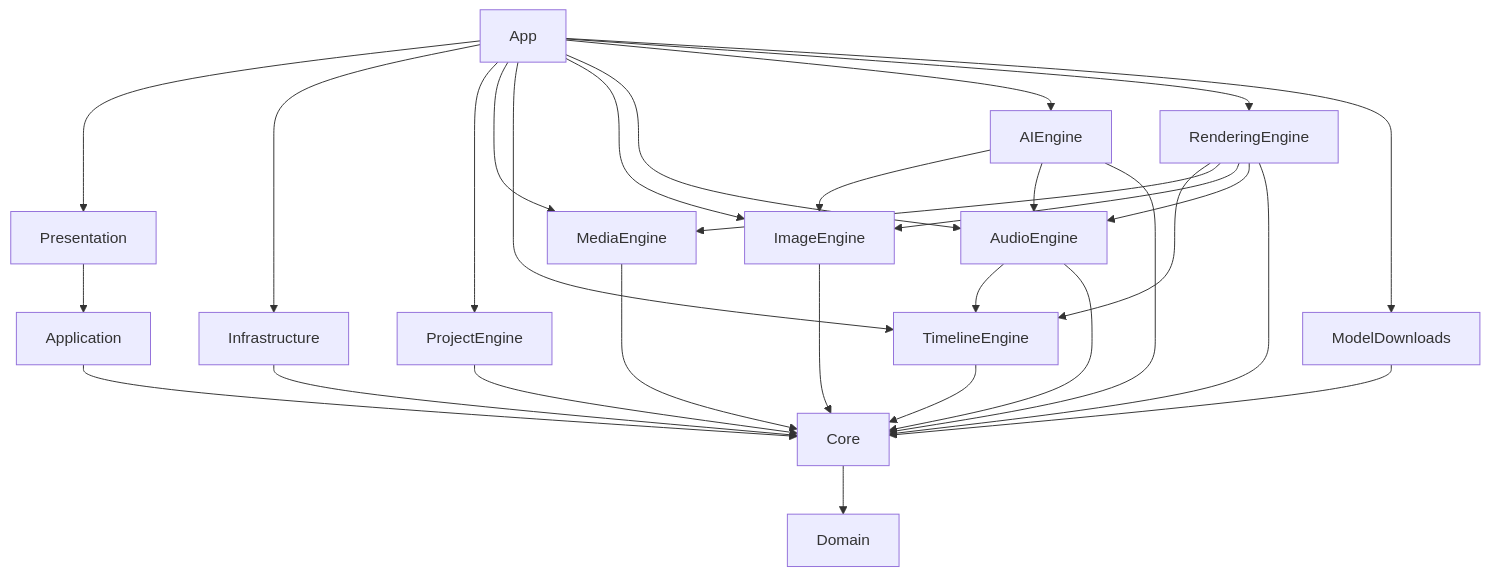
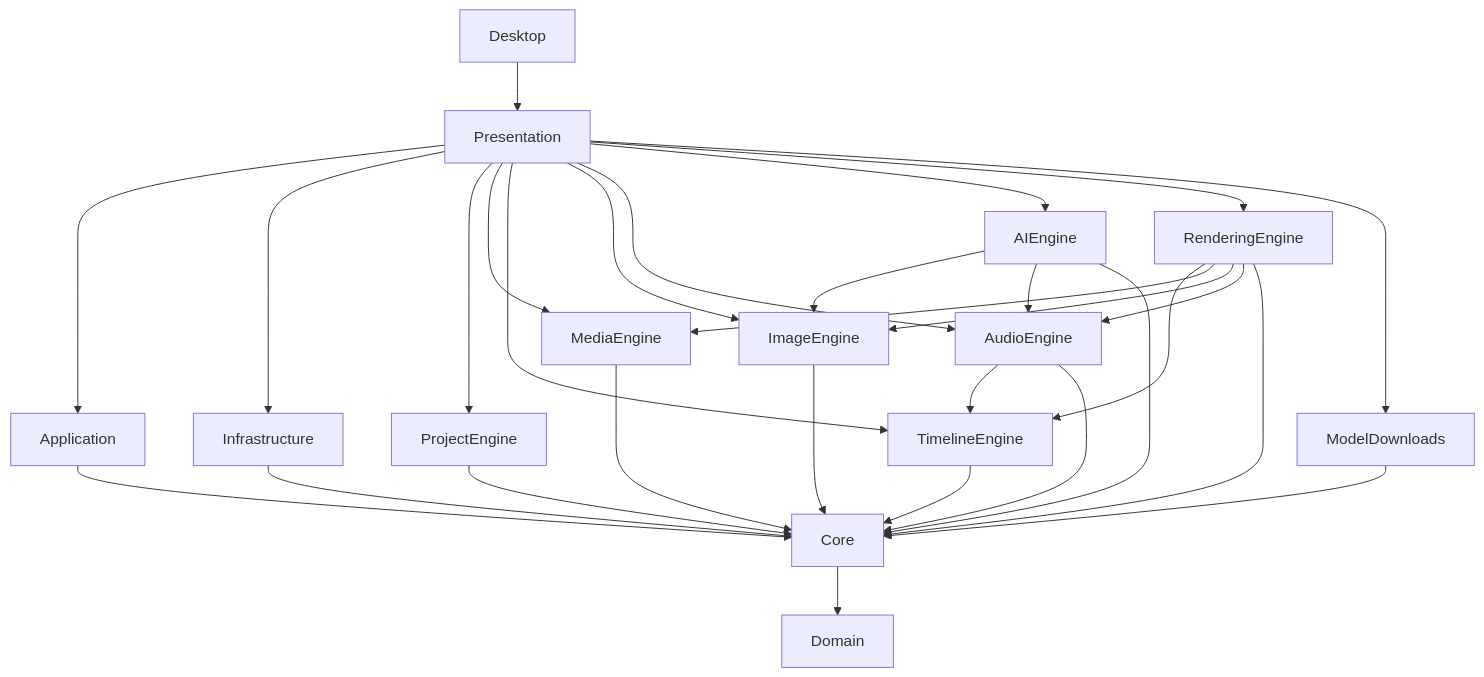
The diagram in documentation/DOCUMENTACAO_TECNICA.md (DiegoMendesRodrigues/Meu-Editor-de-Video), drawn with Mermaid before and after one commit. The commit also changed other lines of this file and 249 other files, not shown here.

````diff
--- a/documentation/DOCUMENTACAO_TECNICA.md
+++ b/documentation/DOCUMENTACAO_TECNICA.md
@@ -64,34 +64,34 @@
 ```mermaid
 graph TD
-    App --> Presentation
+    Desktop --> Presentation
     Presentation --> Application
-    App --> Infrastructure
-    App --> ProjectEngine
-    App --> MediaEngine
-    App --> TimelineEngine
-    App --> ImageEngine
-    App --> AudioEngine
-    App --> AIEngine
-    App --> RenderingEngine
-    App --> ModelDownloads
+    Presentation --> Infrastructure
+    Presentation --> ProjectEngine
+    Presentation --> MediaEngine
+    Presentation --> TimelineEngine
+    Presentation --> ImageEngine
+    Presentation --> AudioEngine
+    Presentation --> AIEngine
+    Presentation --> RenderingEngine
+    Presentation --> ModelDownloads
 
     RenderingEngine --> TimelineEngine
     RenderingEngine --> MediaEngine
     RenderingEngine --> ImageEngine
     RenderingEngine --> AudioEngine
     RenderingEngine --> Core
     AIEngine --> ImageEngine
     AIEngine --> AudioEngine
     AIEngine --> Core
     AudioEngine --> TimelineEngine
     AudioEngine --> Core
 
     Application --> Core
     Infrastructure --> Core
     ProjectEngine --> Core
     MediaEngine --> Core
     ImageEngine --> Core
     TimelineEngine --> Core
     ModelDownloads --> Core
     Core --> Domain
 ```
````
